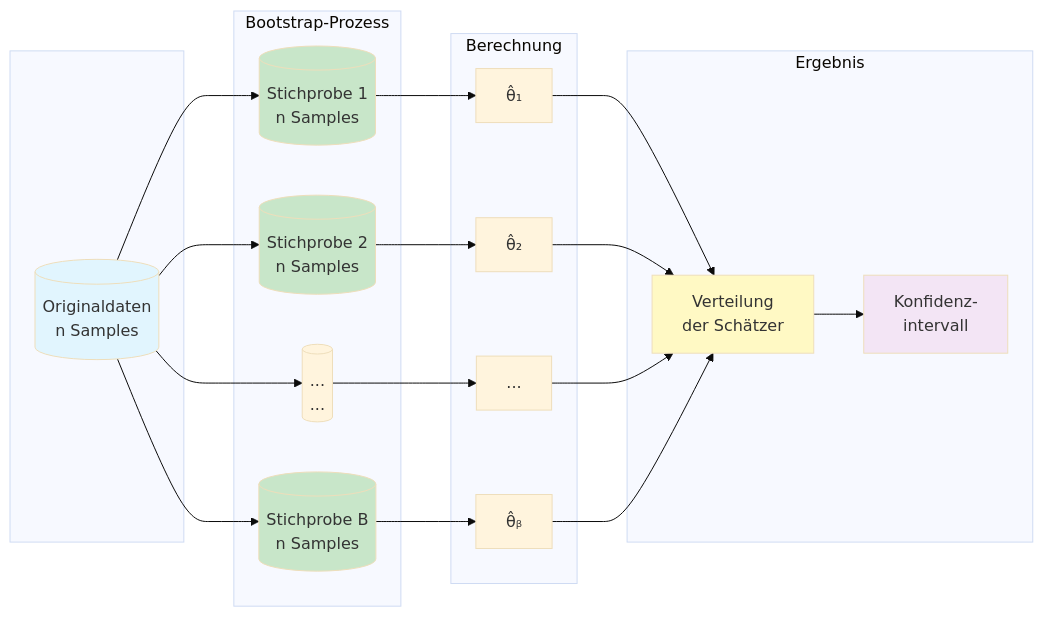
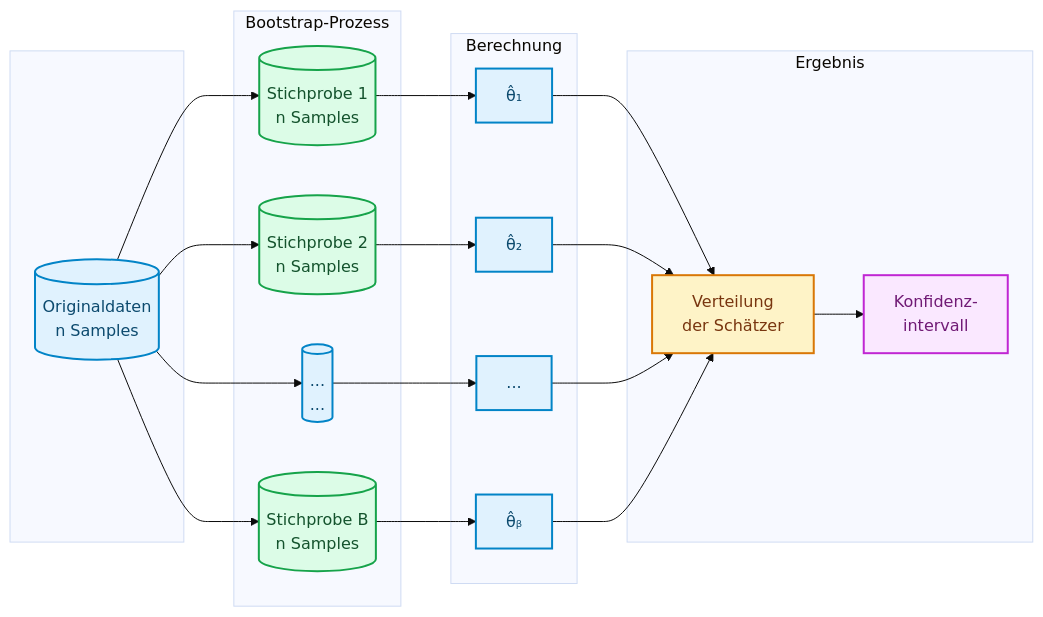
The first of 7 diagrams in docs/concepts/evaluate/bootstrapping.md (ralf-42/ML_Intro), drawn with Mermaid (base theme) before and after one commit. The commit also changed other lines of this file and 67 other files, not shown here.

````diff
--- a/docs/concepts/evaluate/bootstrapping.md
+++ b/docs/concepts/evaluate/bootstrapping.md
@@ -30,35 +30,36 @@
 ```mermaid
 flowchart LR
     subgraph input[" "]
         D[("Originaldaten<br/>n Samples")]
     end
     
     subgraph bootstrap["Bootstrap-Prozess"]
         D --> S1[("Stichprobe 1<br/>n Samples")]
         D --> S2[("Stichprobe 2<br/>n Samples")]
         D --> S3[("...<br/>...")]
         D --> SB[("Stichprobe B<br/>n Samples")]
     end
     
     subgraph calc["Berechnung"]
         S1 --> M1["θ̂₁"]
         S2 --> M2["θ̂₂"]
         S3 --> M3["..."]
         SB --> MB["θ̂ᵦ"]
     end
     
     subgraph result["Ergebnis"]
         M1 --> V["Verteilung<br/>der Schätzer"]
         M2 --> V
         M3 --> V
         MB --> V
         V --> CI["Konfidenz-<br/>intervall"]
     end
-    
-    style D fill:#e1f5fe
-    style S1 fill:#c8e6c9
-    style S2 fill:#c8e6c9
-    style SB fill:#c8e6c9
-    style V fill:#fff9c4
-    style CI fill:#f3e5f5
+
+    classDef default fill:#e0f2fe,stroke:#0284c7,stroke-width:2px,color:#0c4a6e;
+    classDef metric fill:#fef3c7,stroke:#d97706,stroke-width:2px,color:#78350f;
+    classDef output fill:#dcfce7,stroke:#16a34a,stroke-width:2px,color:#14532d;
+    classDef target fill:#fae8ff,stroke:#c026d3,stroke-width:2px,color:#701a75;
+    class V metric;
+    class S1,S2,SB output;
+    class CI target;
 ```
````
